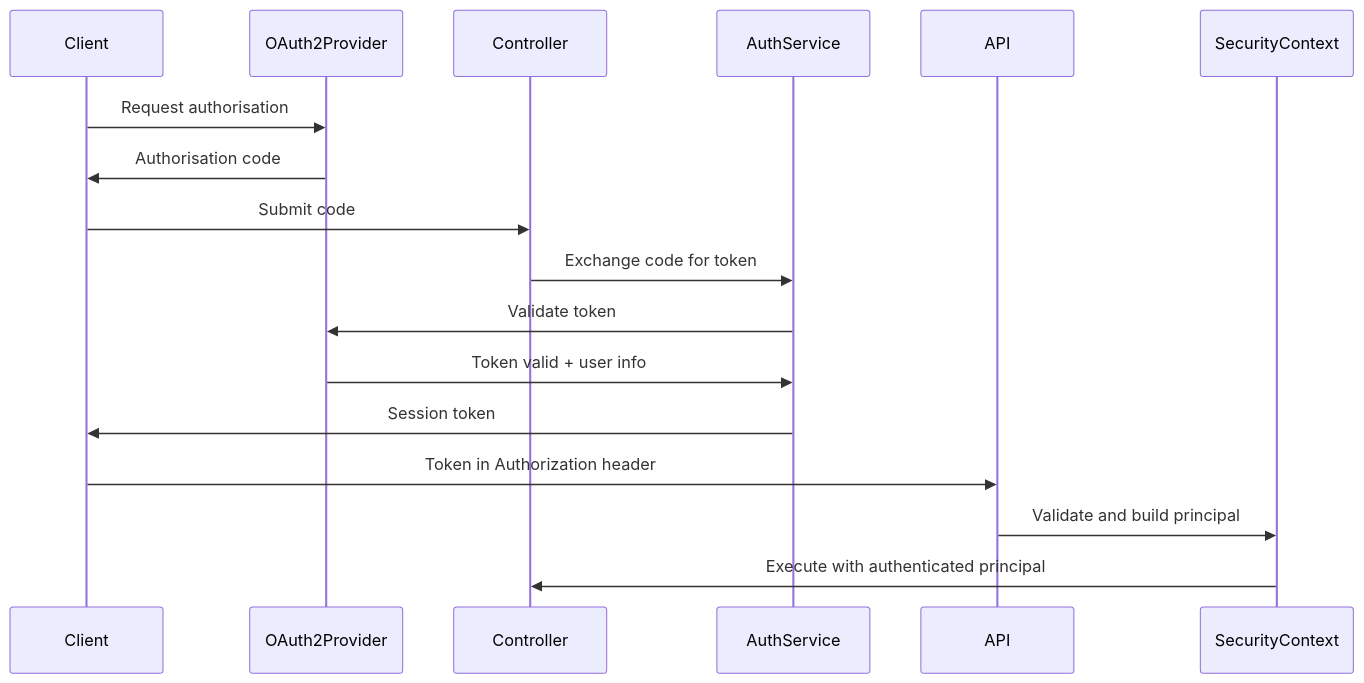
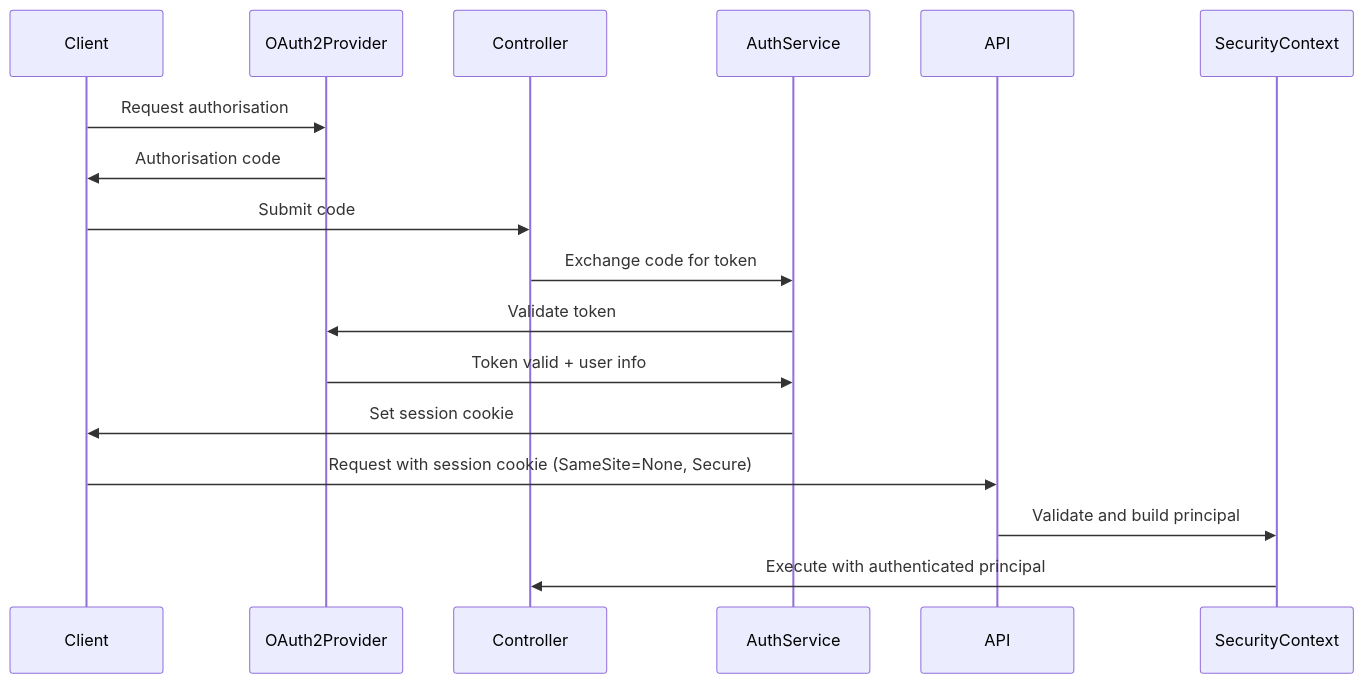
One commit to Keglev/inventory-service changed the second of 4 diagrams in docs/backend/architecture/overview.md. Above: the diagram before and after it, drawn with Mermaid. The commit also changed other lines of this file and 32 other files, not shown here.

````diff
--- a/docs/backend/architecture/overview.md
+++ b/docs/backend/architecture/overview.md
@@ -115,13 +115,13 @@
 ```mermaid
 sequenceDiagram
   Client->>OAuth2Provider: Request authorisation
   OAuth2Provider->>Client: Authorisation code
   Client->>Controller: Submit code
   Controller->>AuthService: Exchange code for token
   AuthService->>OAuth2Provider: Validate token
   OAuth2Provider->>AuthService: Token valid + user info
-  AuthService->>Client: Session token
-  Client->>API: Token in Authorization header
+  AuthService->>Client: Set session cookie
+  Client->>API: Request with session cookie (SameSite=None, Secure)
   API->>SecurityContext: Validate and build principal
   SecurityContext->>Controller: Execute with authenticated principal
 ```
````
